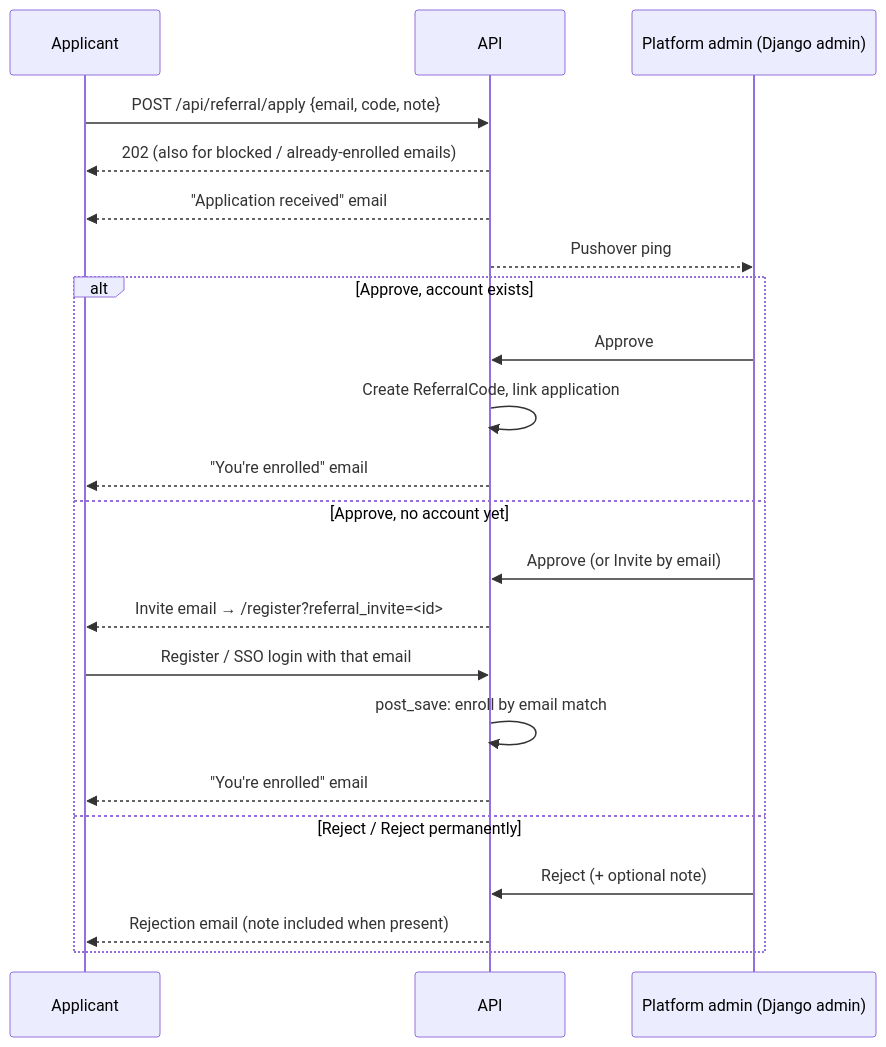
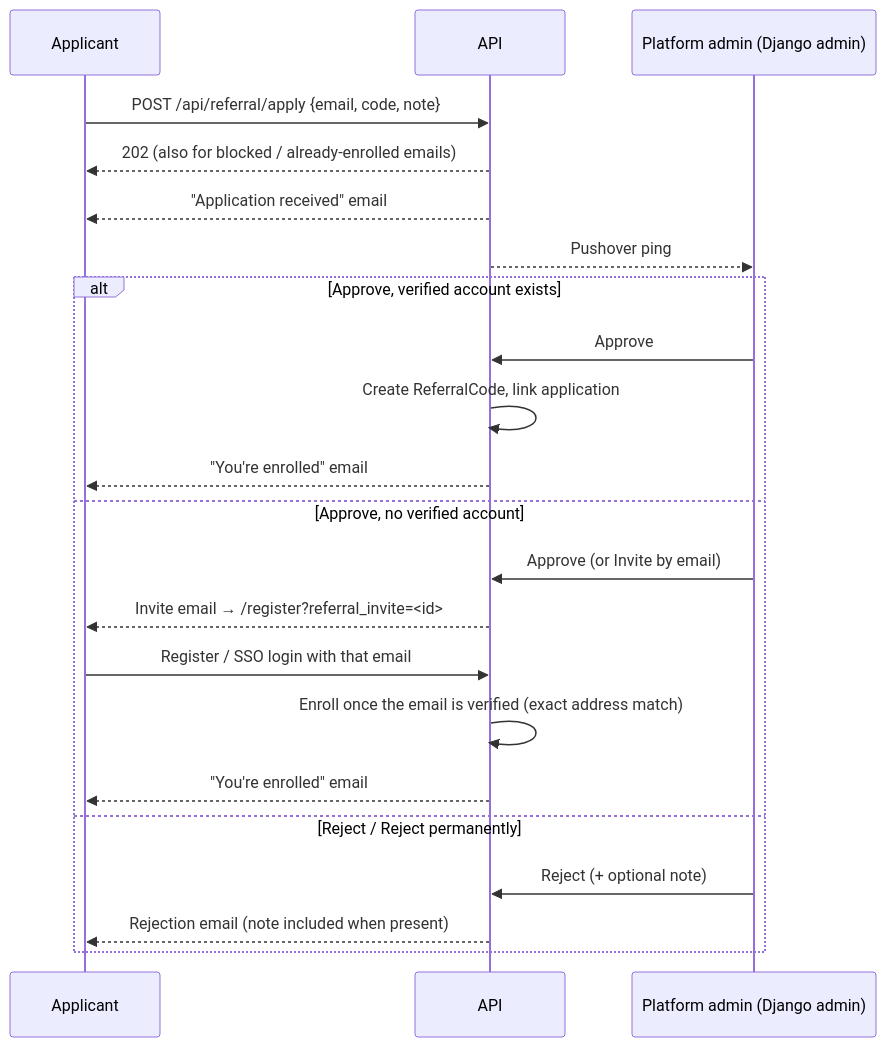
One commit to letsrevel/revel-backend changed diagram 11 of 12 in docs/guides/user-journey.md. Above: the diagram before and after it, drawn with Mermaid. The commit also changed other lines of this file and 52 other files, not shown here.

First line of the commit message:
fix(accounts): require a verified email to sign in; tidy unverified-account flows (#1439)

````diff
--- a/docs/guides/user-journey.md
+++ b/docs/guides/user-journey.md
@@ -665,26 +668,26 @@
 ```mermaid
 sequenceDiagram
     participant A as Applicant
     participant API as API
     participant Adm as Platform admin (Django admin)
 
     A->>API: POST /api/referral/apply {email, code, note}
     API-->>A: 202 (also for blocked / already-enrolled emails)
     API-->>A: "Application received" email
     API-->>Adm: Pushover ping
 
-    alt Approve, account exists
+    alt Approve, verified account exists
         Adm->>API: Approve
         API->>API: Create ReferralCode, link application
         API-->>A: "You're enrolled" email
-    else Approve, no account yet
+    else Approve, no verified account
         Adm->>API: Approve (or Invite by email)
         API-->>A: Invite email → /register?referral_invite=<id>
         A->>API: Register / SSO login with that email
-        API->>API: post_save: enroll by email match
+        API->>API: Enroll once the email is verified (exact address match)
         API-->>A: "You're enrolled" email
     else Reject / Reject permanently
         Adm->>API: Reject (+ optional note)
         API-->>A: Rejection email (note included when present)
     end
 ```
````
